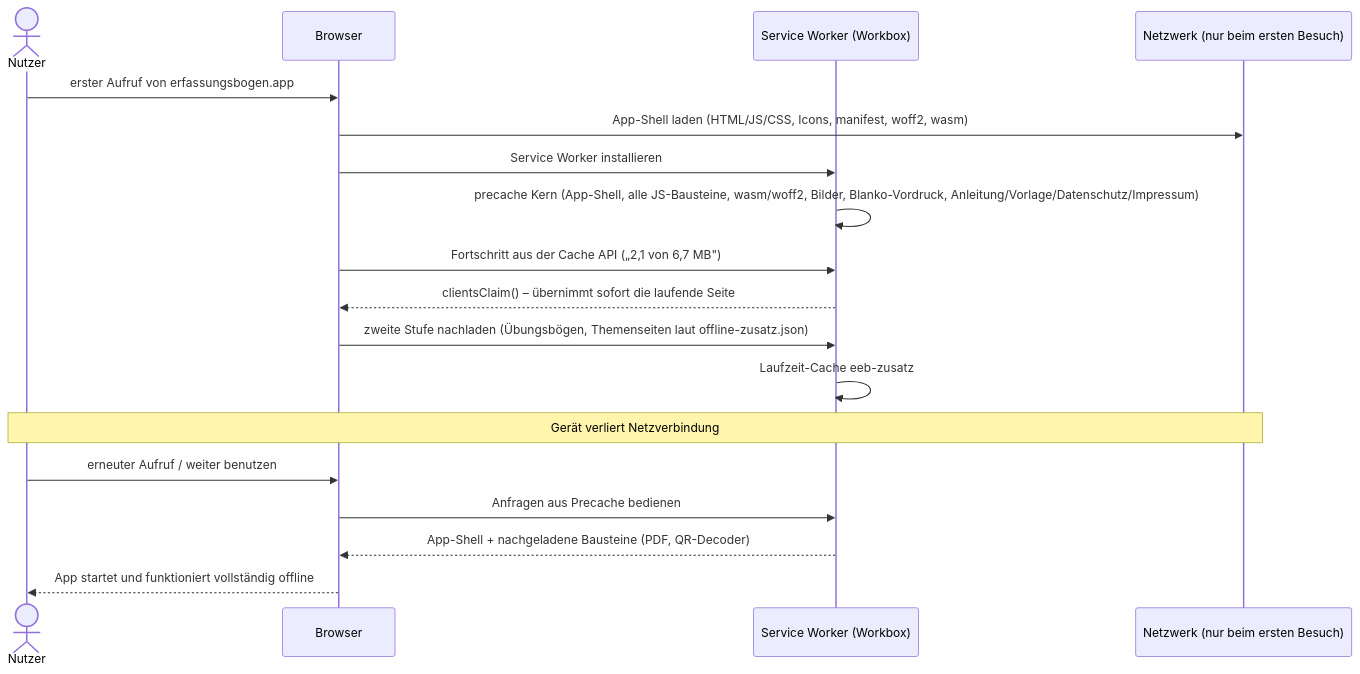
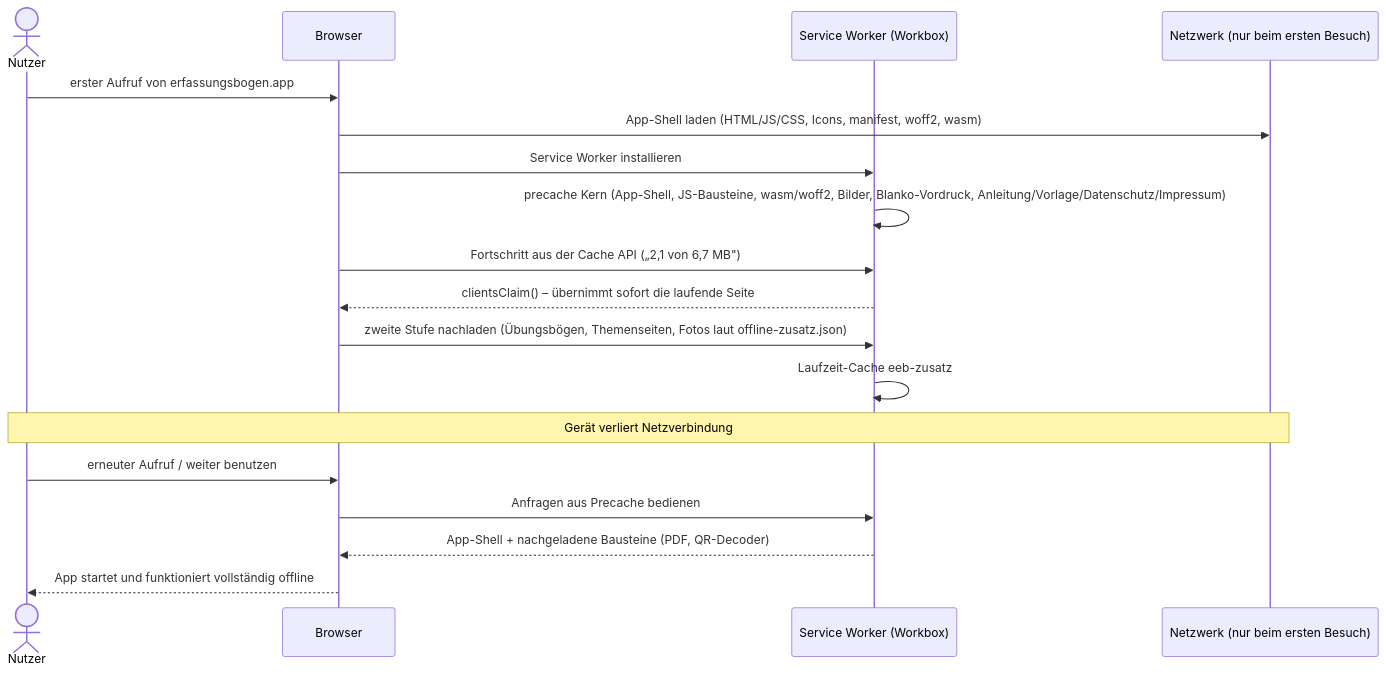
Before and after one commit to wattnpapa/erfassungsbogen: the eighth of 12 diagrams in docs/arc42-architektur.md, drawn with Mermaid. The commit also changed other lines of this file, not shown here.

````diff
--- a/docs/arc42-architektur.md
+++ b/docs/arc42-architektur.md
@@ -1516,21 +941,21 @@
 ```mermaid
 sequenceDiagram
   actor Nutzer
   participant Browser
   participant SW as Service Worker (Workbox)
   participant Netz as Netzwerk (nur beim ersten Besuch)
 
   Nutzer->>Browser: erster Aufruf von erfassungsbogen.app
   Browser->>Netz: App-Shell laden (HTML/JS/CSS, Icons, manifest, woff2, wasm)
   Browser->>SW: Service Worker installieren
-  SW->>SW: precache Kern (App-Shell, alle JS-Bausteine, wasm/woff2, Bilder, Blanko-Vordruck, Anleitung/Vorlage/Datenschutz/Impressum)
+  SW->>SW: precache Kern (App-Shell, JS-Bausteine, wasm/woff2, Bilder, Blanko-Vordruck, Anleitung/Vorlage/Datenschutz/Impressum)
   Browser->>SW: Fortschritt aus der Cache API („2,1 von 6,7 MB")
   SW-->>Browser: clientsClaim() – übernimmt sofort die laufende Seite
-  Browser->>SW: zweite Stufe nachladen (Übungsbögen, Themenseiten laut offline-zusatz.json)
+  Browser->>SW: zweite Stufe nachladen (Übungsbögen, Themenseiten, Fotos laut offline-zusatz.json)
   SW->>SW: Laufzeit-Cache eeb-zusatz
   Note over Nutzer,Netz: Gerät verliert Netzverbindung
   Nutzer->>Browser: erneuter Aufruf / weiter benutzen
   Browser->>SW: Anfragen aus Precache bedienen
   SW-->>Browser: App-Shell + nachgeladene Bausteine (PDF, QR-Decoder)
   Browser-->>Nutzer: App startet und funktioniert vollständig offline
 ```
````
